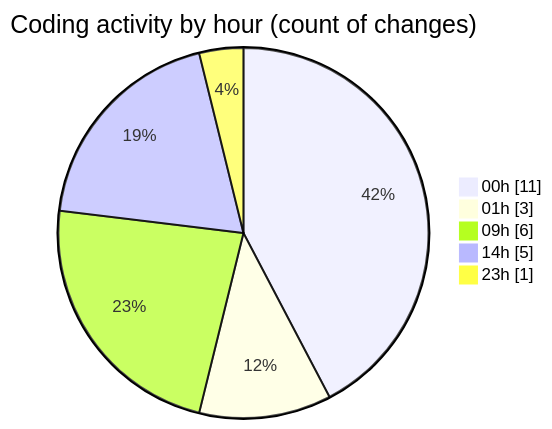
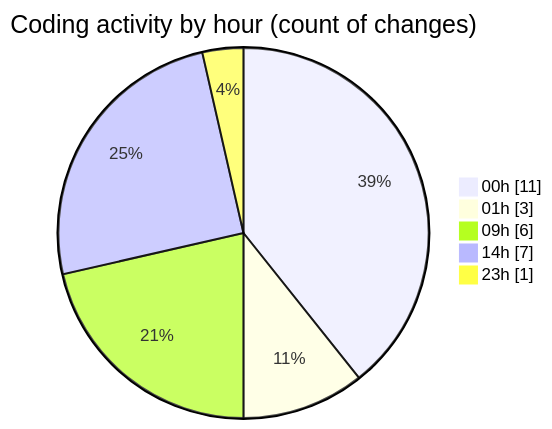
The second of 2 diagrams in 2025-10-17/eventscop-frontend-guide__workspace_/README.md (julien-gomy/code-tracking), drawn with Mermaid before and after one commit. The commit also changed other lines of this file and 1 other file, not shown here.

````diff
--- a/2025-10-17/eventscop-frontend-guide__workspace_/README.md
+++ b/2025-10-17/eventscop-frontend-guide__workspace_/README.md
@@ -37,9 +37,9 @@
 ```mermaid
 pie showData
 title Coding activity by hour (count of changes)
 "00h" : 11
 "01h" : 3
 "09h" : 6
-"14h" : 5
+"14h" : 7
 "23h" : 1
 ```
````
